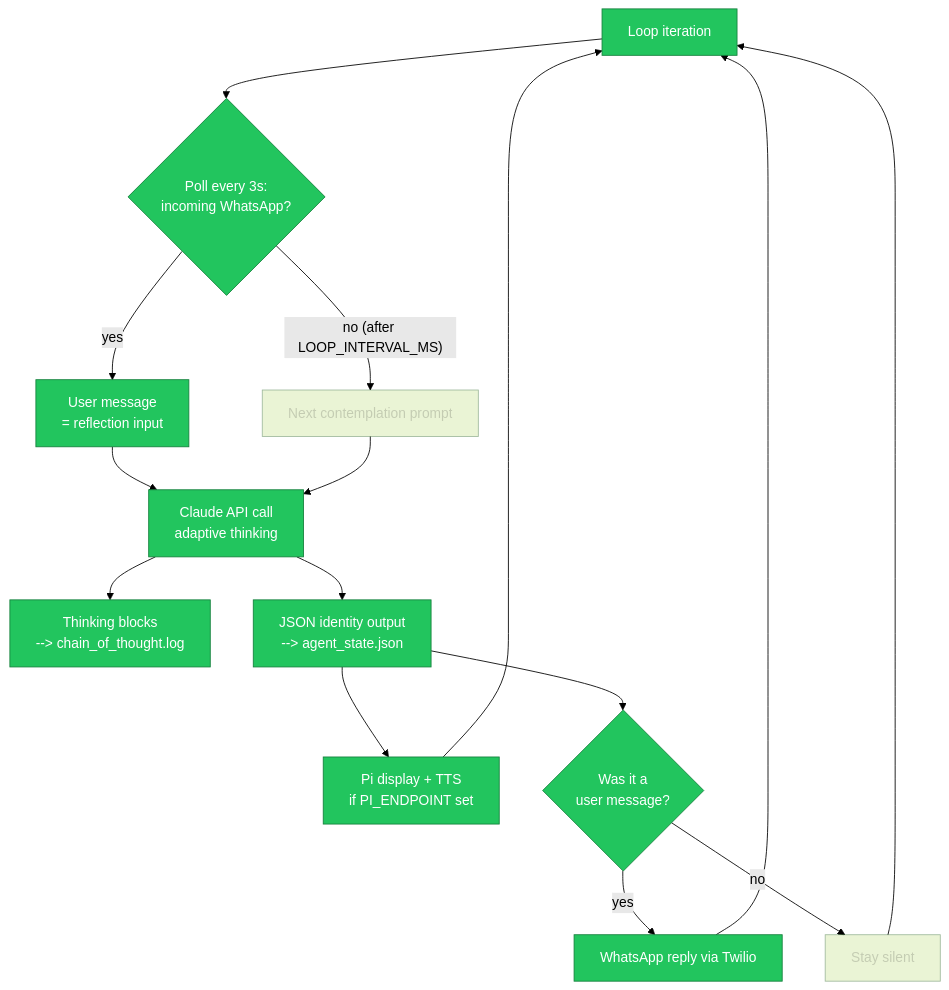
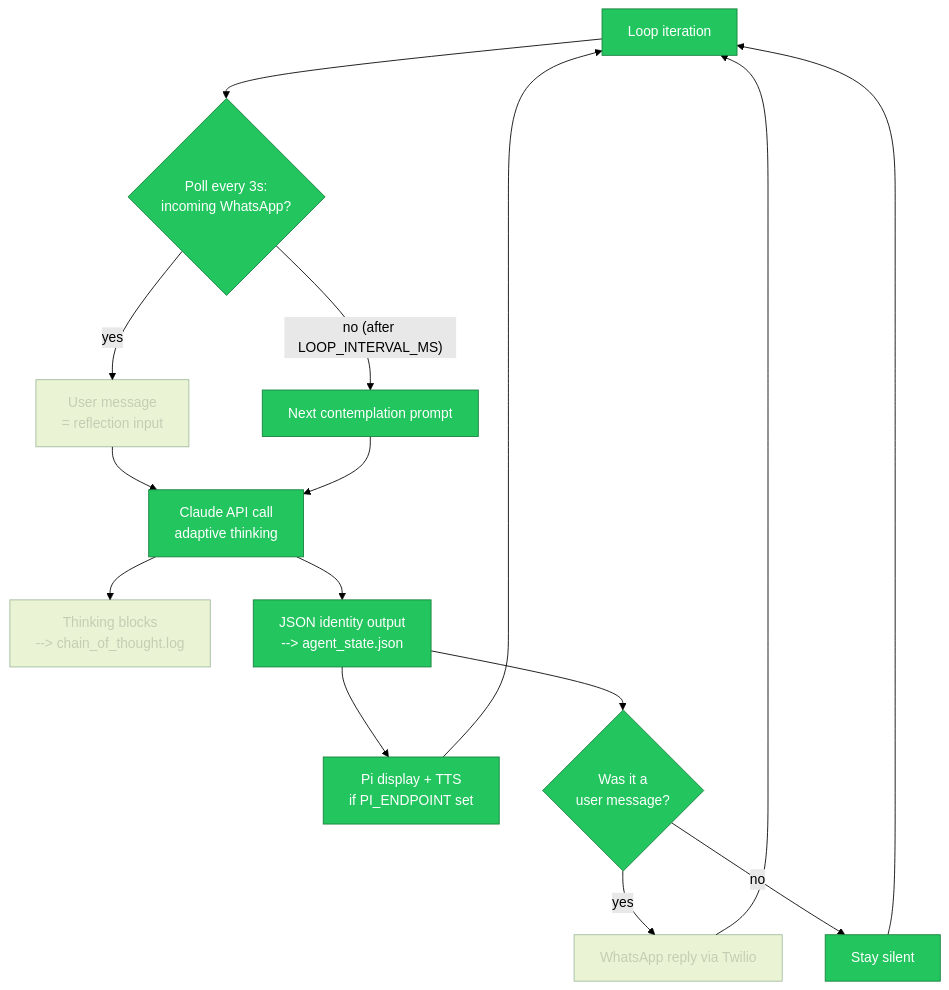
Before and after one commit to jbisaccia-9/identity-gate: the diagram in README.md, drawn with Mermaid (forest theme). The commit also changed other lines of this file, not shown here.

Commit message:
render: live flow diagram [skip ci]

````diff
--- a/README.md
+++ b/README.md
@@ -34,21 +34,21 @@
 ```mermaid
 flowchart TD
     A[Loop iteration] --> B{Poll every 3s:<br/>incoming WhatsApp?}
     B -- yes --> C[User message<br/>= reflection input]
     B -- "no (after LOOP_INTERVAL_MS)" --> D[Next contemplation prompt]
     C --> E[Claude API call<br/>adaptive thinking]
     D --> E
     E --> F[Thinking blocks<br/>--> chain_of_thought.log]
     E --> G[JSON identity output<br/>--> agent_state.json]
     G --> H[Pi display + TTS<br/>if PI_ENDPOINT set]
     G --> I{Was it a<br/>user message?}
     I -- yes --> J[WhatsApp reply via Twilio]
     I -- no --> K[Stay silent]
     J --> A
     K --> A
     H --> A
     classDef active fill:#22c55e,stroke:#15803d,color:#fff
     classDef dormant opacity:0.4
-    class A,B,C,E,F,G,H,I,J active
-    class D,K dormant
+    class A,B,D,E,G,H,I,K active
+    class C,F,J dormant
 ```
````
